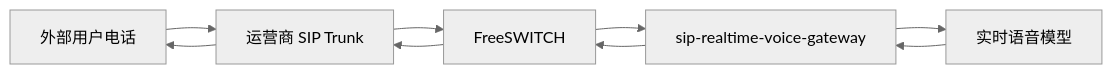
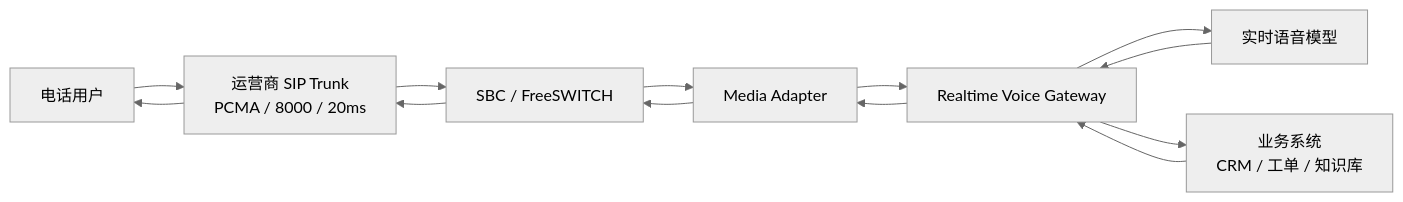
The second of 5 diagrams in SIP实时语音网关新项目方案.md (liuhongl/recov_ten), drawn with Mermaid (neutral theme) before and after one commit. The commit also changed other lines of this file and 38 other files, not shown here.

````diff
--- a/SIP实时语音网关新项目方案.md
+++ b/SIP实时语音网关新项目方案.md
@@ -83,11 +72,15 @@
 ```mermaid
 flowchart LR
-  A["外部用户电话"] --> B["运营商 SIP Trunk"]
-  B --> C["FreeSWITCH"]
-  C --> D["sip-realtime-voice-gateway"]
-  D --> E["实时语音模型"]
+  A["电话用户"] --> B["运营商 SIP Trunk<br/>PCMA / 8000 / 20ms"]
+  B --> C["SBC / FreeSWITCH"]
+  C --> D["Media Adapter"]
+  D --> E["Realtime Voice Gateway"]
+  E --> F["实时语音模型"]
+  E --> G["业务系统<br/>CRM / 工单 / 知识库"]
+  F --> E
+  G --> E
   E --> D
   D --> C
   C --> B
   B --> A
 ```
````
